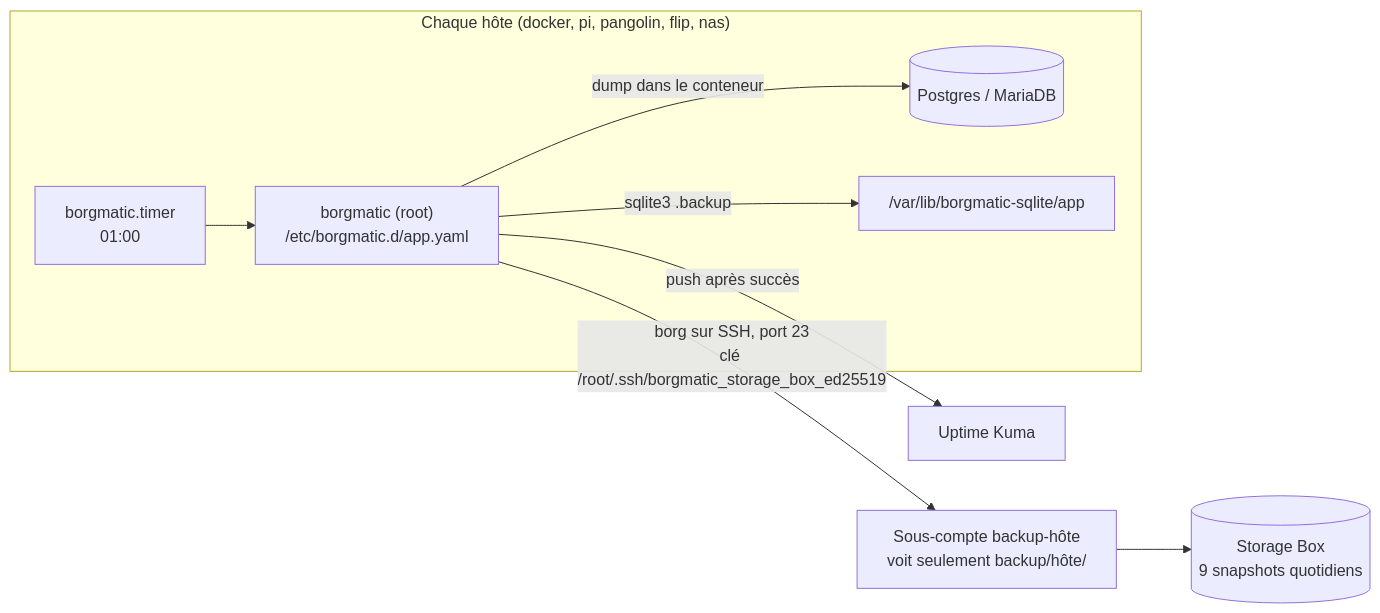
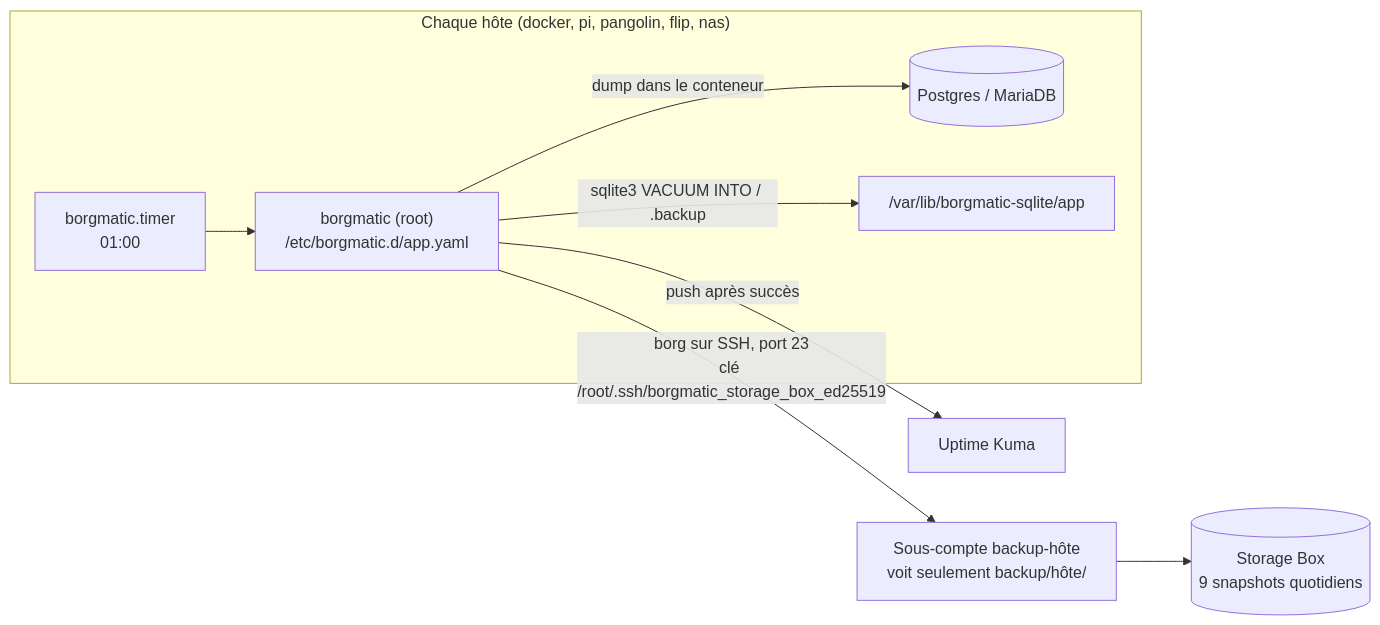
The third of 4 diagrams in docs/architecture.md (sylvainmetayer/homelab), drawn with Mermaid before and after one commit. The commit also changed 8 other files, not shown here.

````diff
--- a/docs/architecture.md
+++ b/docs/architecture.md
@@ -265,11 +265,11 @@
 ```mermaid
 flowchart LR
   subgraph host["Chaque hôte (docker, pi, pangolin, flip, nas)"]
     timer["borgmatic.timer<br/>01:00"] --> bm["borgmatic (root)<br/>/etc/borgmatic.d/app.yaml"]
     bm -- "dump dans le conteneur" --> db[("Postgres / MariaDB")]
-    bm -- "sqlite3 .backup" --> sq["/var/lib/borgmatic-sqlite/app"]
+    bm -- "sqlite3 VACUUM INTO / .backup" --> sq["/var/lib/borgmatic-sqlite/app"]
   end
   bm -- "borg sur SSH, port 23<br/>clé /root/.ssh/borgmatic_storage_box_ed25519" --> sub["Sous-compte backup-hôte<br/>voit seulement backup/hôte/"]
   sub --> box[("Storage Box<br/>9 snapshots quotidiens")]
   bm -- "push après succès" --> kuma[Uptime Kuma]
 ```
````
